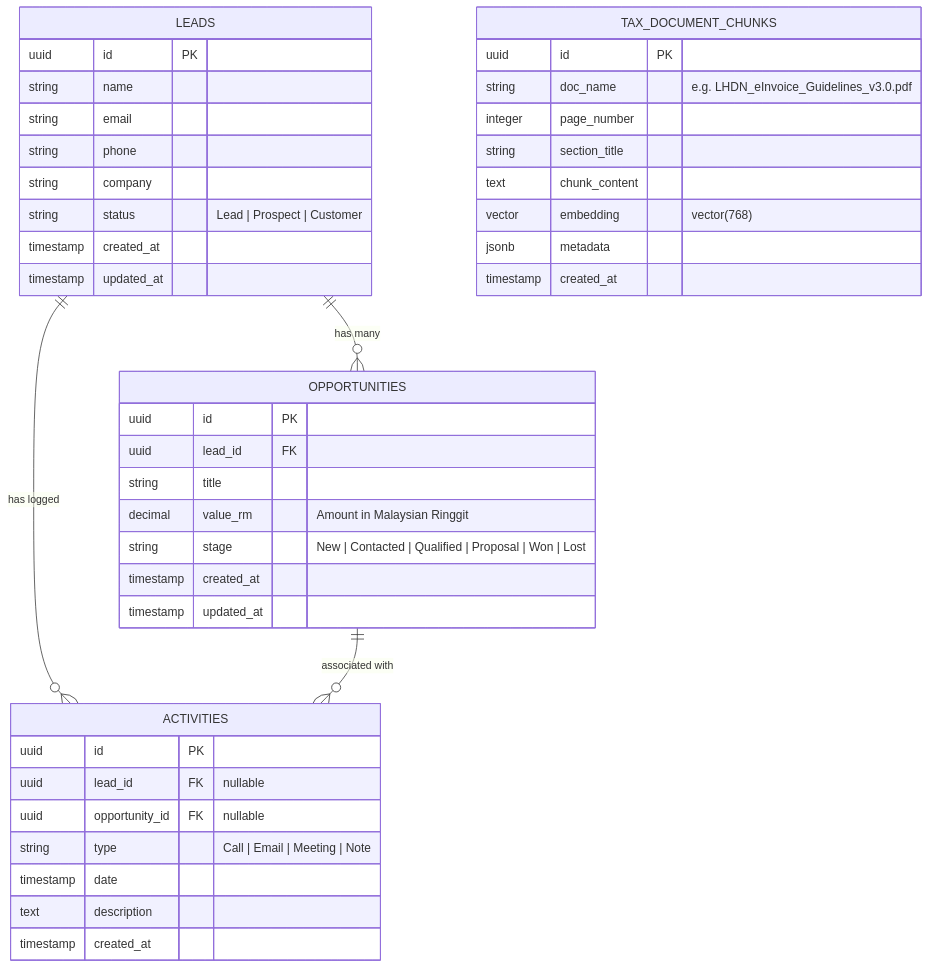
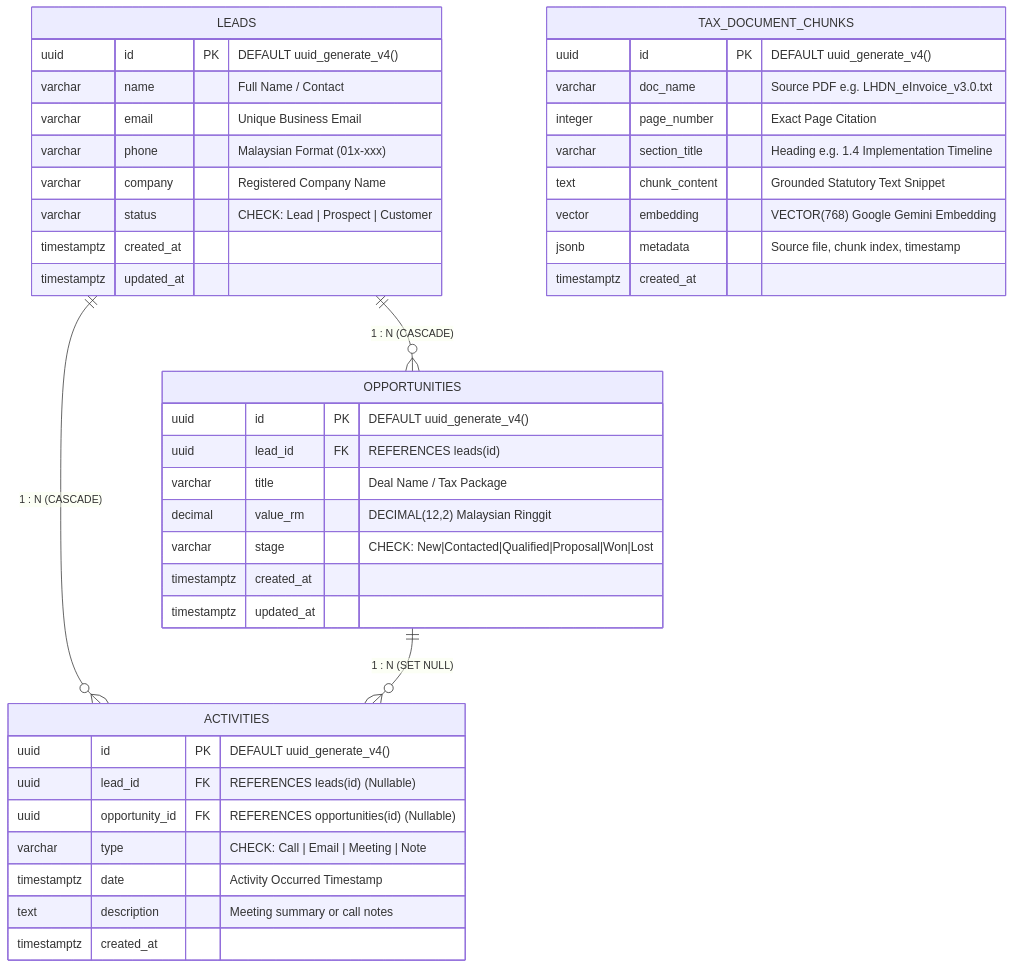
Before and after one commit to abrahamhoo21/taxflow-ai: the second of 3 diagrams in ARCHITECTURE.md, drawn with Mermaid. The commit also changed other lines of this file and 1 other file, not shown here.

Commit message:
docs: extract standalone database-erd.mermaid and sync ARCHITECTURE.md

````diff
--- a/ARCHITECTURE.md
+++ b/ARCHITECTURE.md
@@ -71,48 +71,48 @@
 ```mermaid
 erDiagram
-    LEADS ||--o{ OPPORTUNITIES : "has many"
-    LEADS ||--o{ ACTIVITIES : "has logged"
-    OPPORTUNITIES ||--o{ ACTIVITIES : "associated with"
+    LEADS ||--o{ OPPORTUNITIES : "1 : N (CASCADE)"
+    LEADS ||--o{ ACTIVITIES : "1 : N (CASCADE)"
+    OPPORTUNITIES ||--o{ ACTIVITIES : "1 : N (SET NULL)"
 
     LEADS {
-        uuid id PK
-        string name
-        string email
-        string phone
-        string company
-        string status "Lead | Prospect | Customer"
-        timestamp created_at
-        timestamp updated_at
+        uuid id PK "DEFAULT uuid_generate_v4()"
+        varchar name "Full Name / Contact"
+        varchar email "Unique Business Email"
+        varchar phone "Malaysian Format (01x-xxx)"
+        varchar company "Registered Company Name"
+        varchar status "CHECK: Lead | Prospect | Customer"
+        timestamptz created_at
+        timestamptz updated_at
     }
 
     OPPORTUNITIES {
-        uuid id PK
-        uuid lead_id FK
-        string title
-        decimal value_rm "Amount in Malaysian Ringgit"
-        string stage "New | Contacted | Qualified | Proposal | Won | Lost"
-        timestamp created_at
-        timestamp updated_at
+        uuid id PK "DEFAULT uuid_generate_v4()"
+        uuid lead_id FK "REFERENCES leads(id)"
+        varchar title "Deal Name / Tax Package"
+        decimal value_rm "DECIMAL(12,2) Malaysian Ringgit"
+        varchar stage "CHECK: New|Contacted|Qualified|Proposal|Won|Lost"
+        timestamptz created_at
+        timestamptz updated_at
     }
 
     ACTIVITIES {
-        uuid id PK
-        uuid lead_id FK "nullable"
-        uuid opportunity_id FK "nullable"
-        string type "Call | Email | Meeting | Note"
-        timestamp date
-        text description
-        timestamp created_at
+        uuid id PK "DEFAULT uuid_generate_v4()"
+        uuid lead_id FK "REFERENCES leads(id) (Nullable)"
+        uuid opportunity_id FK "REFERENCES opportunities(id) (Nullable)"
+        varchar type "CHECK: Call | Email | Meeting | Note"
+        timestamptz date "Activity Occurred Timestamp"
+        text description "Meeting summary or call notes"
+        timestamptz created_at
     }
 
     TAX_DOCUMENT_CHUNKS {
-        uuid id PK
-        string doc_name "e.g. LHDN_eInvoice_Guidelines_v3.0.pdf"
-        integer page_number
-        string section_title
-        text chunk_content
-        vector embedding "vector(768)"
-        jsonb metadata
-        timestamp created_at
+        uuid id PK "DEFAULT uuid_generate_v4()"
+        varchar doc_name "Source PDF e.g. LHDN_eInvoice_v3.0.txt"
+        integer page_number "Exact Page Citation"
+        varchar section_title "Heading e.g. 1.4 Implementation Timeline"
+        text chunk_content "Grounded Statutory Text Snippet"
+        vector embedding "VECTOR(768) Google Gemini Embedding"
+        jsonb metadata "Source file, chunk index, timestamp"
+        timestamptz created_at
     }
 ```
````
